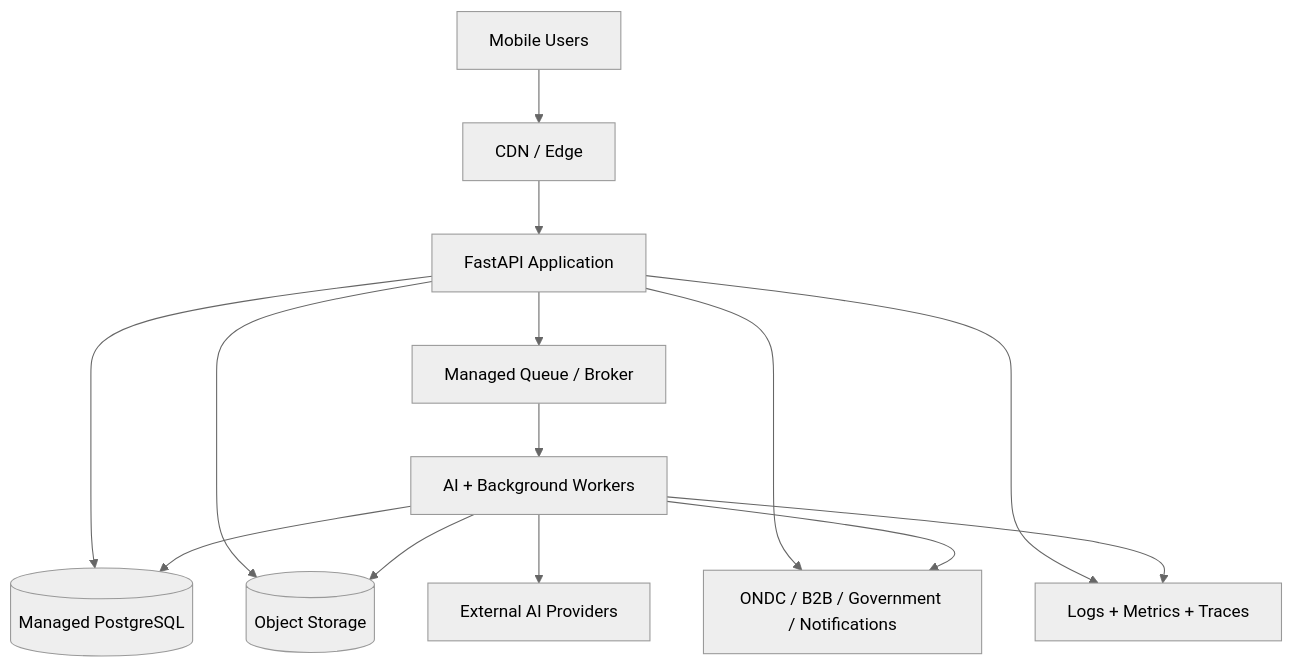
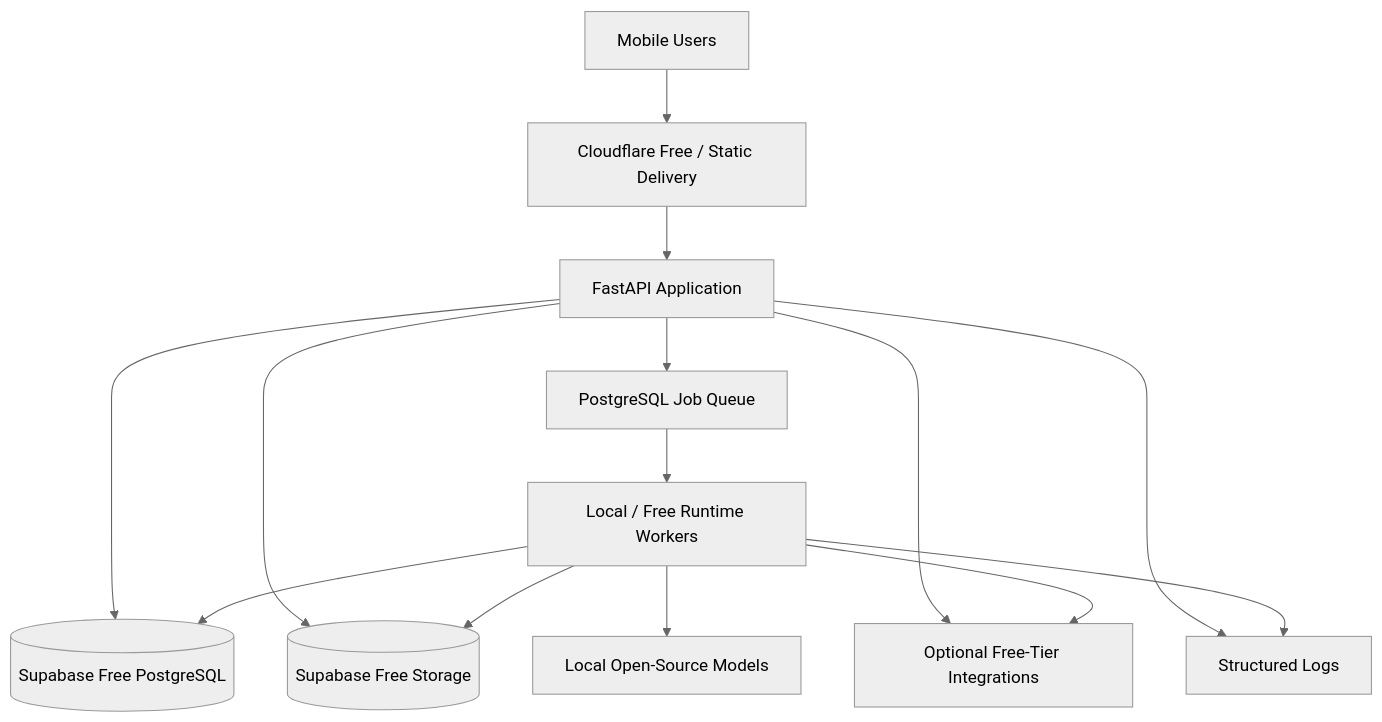
One commit to LaKsHaY5280/SIH-strat changed diagram 13 of 16 in ARCHITECTURE_26090.md. Above: the diagram before and after it, drawn with Mermaid (neutral theme). The commit also changed other lines of this file, not shown here.

Commit message:
architecture v2

````diff
--- a/ARCHITECTURE_26090.md
+++ b/ARCHITECTURE_26090.md
@@ -1081,26 +1620,31 @@
 ```mermaid
 flowchart TB
     User["Mobile Users"]
-    CDN["CDN / Edge"]
+    Edge["Cloudflare Free / Static Delivery"]
     API["FastAPI Application"]
-    DB[("Managed PostgreSQL")]
-    Storage[("Object Storage")]
-    Queue["Managed Queue / Broker"]
-    Workers["AI + Background Workers"]
-    AI["External AI Providers"]
-    External["ONDC / B2B / Government / Notifications"]
-    Observability["Logs + Metrics + Traces"]
+    DB[("Supabase Free PostgreSQL")]
+    Storage[("Supabase Free Storage")]
+    Queue["PostgreSQL Job Queue"]
+    Workers["Local / Free Runtime Workers"]
+    AI["Local Open-Source Models"]
+    External["Optional Free-Tier Integrations"]
+    Logs["Structured Logs"]
 
-    User --> CDN --> API
+    User --> Edge
+    Edge --> API
+
     API --> DB
     API --> Storage
     API --> Queue
+
     Queue --> Workers
     Workers --> AI
     Workers --> DB
     Workers --> Storage
+
     API --> External
     Workers --> External
-    API --> Observability
-    Workers --> Observability
+
+    API --> Logs
+    Workers --> Logs
 ```
````
